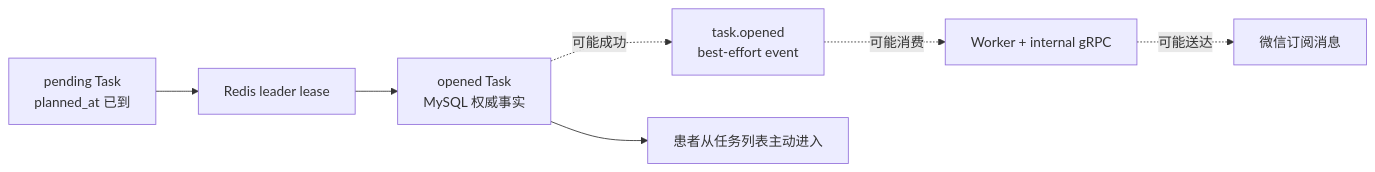
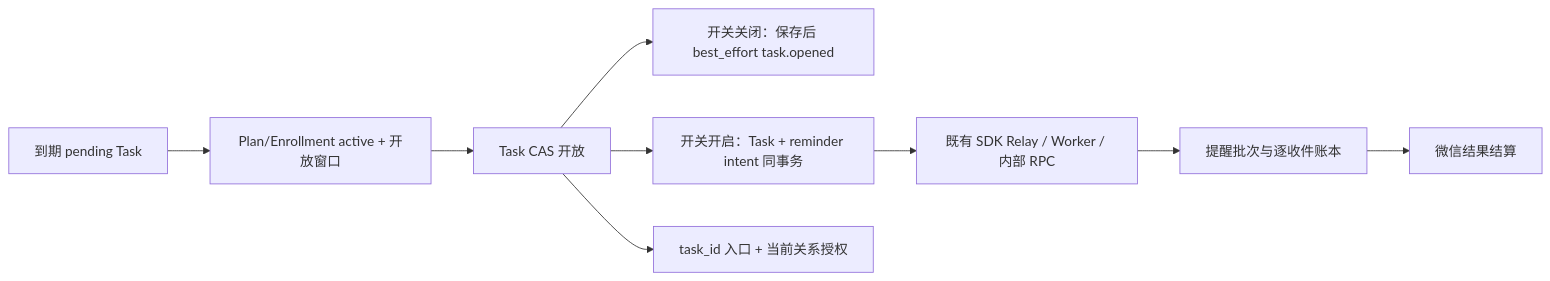
The diagram in docs/02-业务模块/60-plan/23-核心设计-任务调度、入口与提醒.md (FangcunMount/qs-server), drawn with Mermaid before and after one commit. The commit also changed other lines of this file and 104 other files, not shown here.

````diff
--- a/docs/02-业务模块/60-plan/23-核心设计-任务调度、入口与提醒.md
+++ b/docs/02-业务模块/60-plan/23-核心设计-任务调度、入口与提醒.md
@@ -80,16 +20,11 @@
 ```mermaid
 flowchart LR
-    P["pending Task\nplanned_at 已到"]
-    L["Redis leader lease"]
-    O["opened Task\nMySQL 权威事实"]
-    E["task.opened\nbest-effort event"]
-    W["Worker + internal gRPC"]
-    N["微信订阅消息"]
-    Q["患者从任务列表主动进入"]
-
-    P --> L --> O
-    O -. "可能成功" .-> E
-    E -. "可能消费" .-> W
-    W -. "可能送达" .-> N
-    O --> Q
+    P["到期 pending Task"] --> A["Plan/Enrollment active + 开放窗口"]
+    A --> O["Task CAS 开放"]
+    O --> F["开关关闭：保存后 best_effort task.opened"]
+    O --> D["开关开启：Task + reminder intent 同事务"]
+    D --> R["既有 SDK Relay / Worker / 内部 RPC"]
+    R --> B["提醒批次与逐收件账本"]
+    B --> W["微信结果结算"]
+    O --> E["task_id 入口 + 当前关系授权"]
 ```
````
